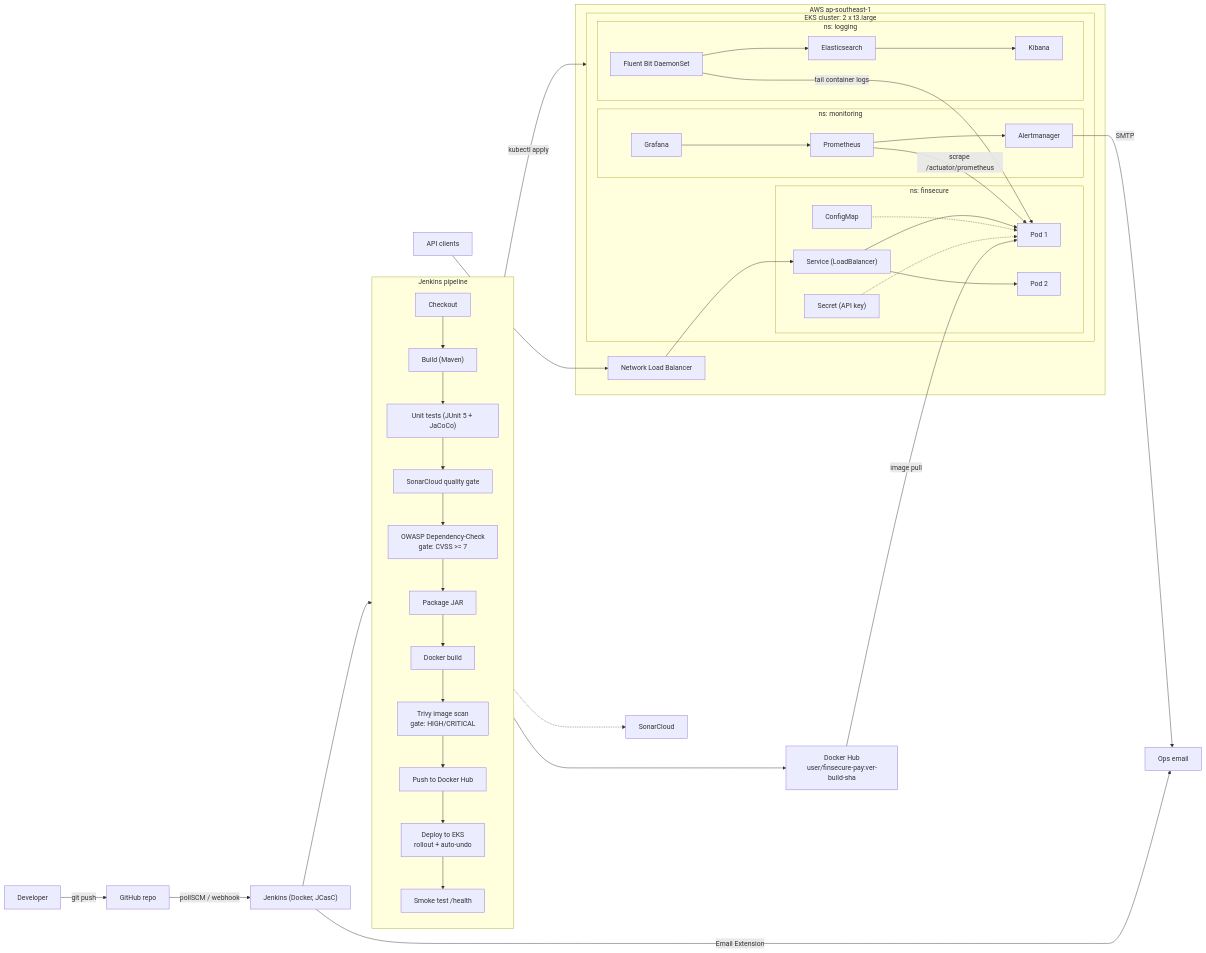
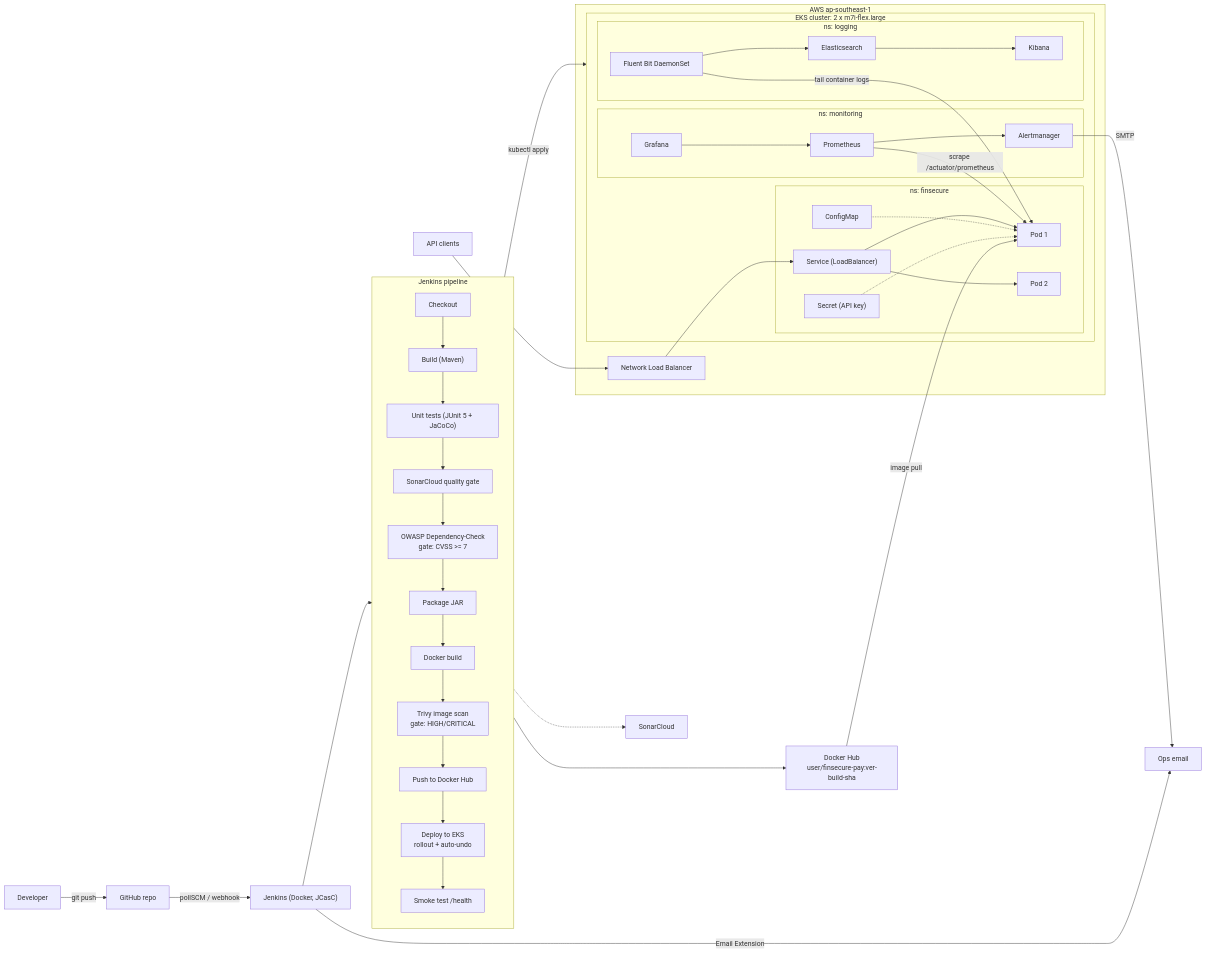
Before and after one commit to chungyipitt-stack/finsecure-pay: the first of 2 diagrams in docs/DESIGN.md, drawn with Mermaid. The commit also changed 7 other files, not shown here.

Commit message:
infra: use Free-Tier-eligible m7i-flex.large nodes; evidence: Task 3 EKS deploy, external access, self-healing

````diff
--- a/docs/DESIGN.md
+++ b/docs/DESIGN.md
@@ -22,42 +22,42 @@
 ```mermaid
 flowchart LR
     Dev["Developer"] -->|git push| GH["GitHub repo"]
     GH -->|"pollSCM / webhook"| J["Jenkins (Docker, JCasC)"]
 
     subgraph CI["Jenkins pipeline"]
         direction TB
         C1["Checkout"] --> C2["Build (Maven)"] --> C3["Unit tests (JUnit 5 + JaCoCo)"]
         C3 --> C4["SonarCloud quality gate"] --> C5["OWASP Dependency-Check<br/>gate: CVSS >= 7"]
         C5 --> C6["Package JAR"] --> C7["Docker build"] --> C8["Trivy image scan<br/>gate: HIGH/CRITICAL"]
         C8 --> C9["Push to Docker Hub"] --> C10["Deploy to EKS<br/>rollout + auto-undo"] --> C11["Smoke test /health"]
     end
     J --> CI
     C4 -.-> SC["SonarCloud"]
     C9 --> DH["Docker Hub<br/>user/finsecure-pay:ver-build-sha"]
 
     subgraph AWS["AWS ap-southeast-1"]
         NLB["Network Load Balancer"]
-        subgraph EKS["EKS cluster: 2 x t3.large"]
+        subgraph EKS["EKS cluster: 2 x m7i-flex.large"]
             subgraph NS1["ns: finsecure"]
                 SVC["Service (LoadBalancer)"] --> P1["Pod 1"]
                 SVC --> P2["Pod 2"]
                 CM["ConfigMap"] -.-> P1
                 SEC["Secret (API key)"] -.-> P1
             end
             subgraph NS2["ns: monitoring"]
                 PR["Prometheus"] --> AM["Alertmanager"]
                 GF["Grafana"] --> PR
             end
             subgraph NS3["ns: logging"]
                 FB["Fluent Bit DaemonSet"] --> ES["Elasticsearch"] --> KB["Kibana"]
             end
         end
     end
     C10 -->|kubectl apply| EKS
     DH -->|image pull| P1
     Client["API clients"] --> NLB --> SVC
     PR -->|"scrape /actuator/prometheus"| P1
     FB -->|"tail container logs"| P1
     AM -->|SMTP| Mail["Ops email"]
     J -->|"Email Extension"| Mail
 ```
````
